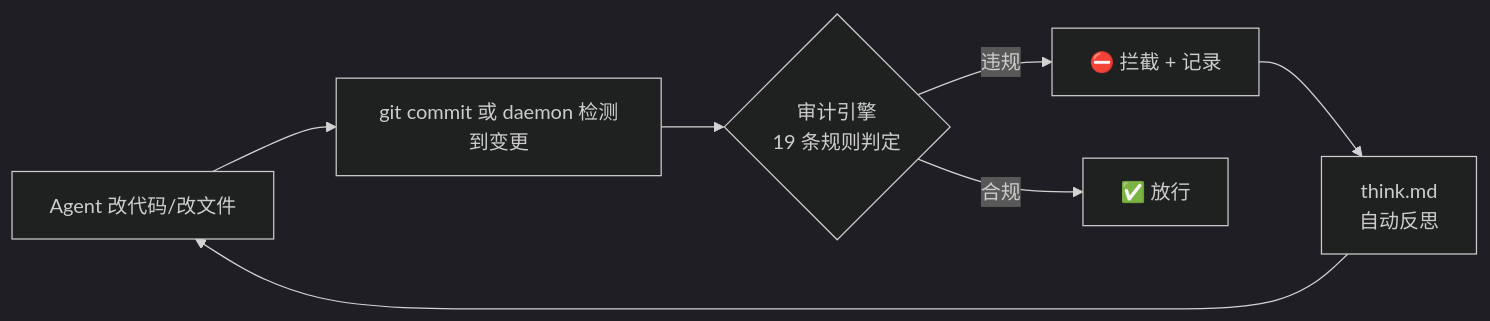
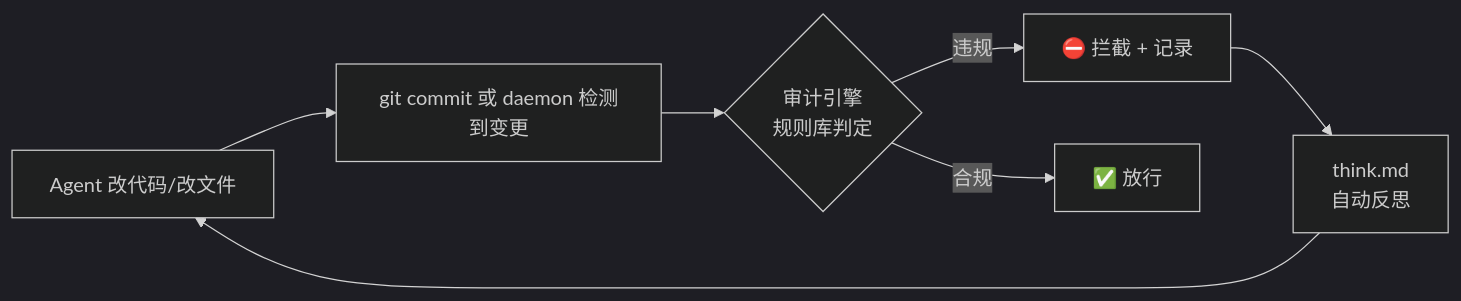
One commit to KongFangXun/sofagent changed the fourth of 5 diagrams in README.md. Above: the diagram before and after it, drawn with Mermaid (dark theme). The commit also changed other lines of this file and 168 other files, not shown here.

First line of the commit message:
chore: 清理 graph/ 旧重复文件 + 修正 import 路径

````diff
--- a/README.md
+++ b/README.md
@@ -158,9 +159,9 @@
 ```mermaid
 graph LR
     A[Agent 改代码/改文件] --> B[git commit 或 daemon 检测到变更]
-    B --> C{审计引擎<br/>19 条规则判定}
+    B --> C{审计引擎<br/>规则库判定}
     C -->|违规| D[⛔ 拦截 + 记录]
     C -->|合规| E[✅ 放行]
     D --> F[think.md<br/>自动反思]
     F --> A
 ```
````
